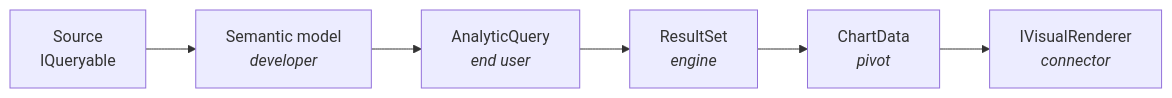
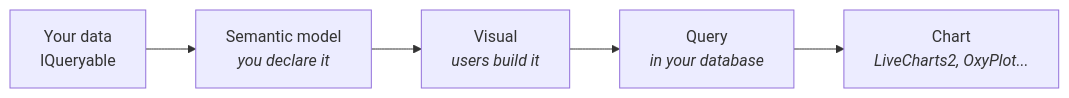
One commit to TheoCvg/EasyBI changed the diagram in docs/index.md. Above: the diagram before and after it, drawn with Mermaid. The commit also changed other lines of this file and 18 other files, not shown here.

First line of the commit message:
docs: rewrite the home page and getting started, add a semantic model page (#68)

````diff
--- a/docs/index.md
+++ b/docs/index.md
@@ -6,5 +98,7 @@
 ```mermaid
 flowchart LR
-  source["Source<br/>IQueryable"] --> model["Semantic model<br/><i>developer</i>"] --> query["AnalyticQuery<br/><i>end user</i>"]
-  query --> result["ResultSet<br/><i>engine</i>"] --> chart["ChartData<br/><i>pivot</i>"] --> renderer["IVisualRenderer<br/><i>connector</i>"]
+  source["Your data<br/>IQueryable"] --> model["Semantic model<br/><i>you declare it</i>"]
+  model --> visual["Visual<br/><i>users build it</i>"]
+  visual --> query["Query<br/><i>in your database</i>"]
+  query --> chart["Chart<br/><i>LiveCharts2, OxyPlot...</i>"]
 ```
````
